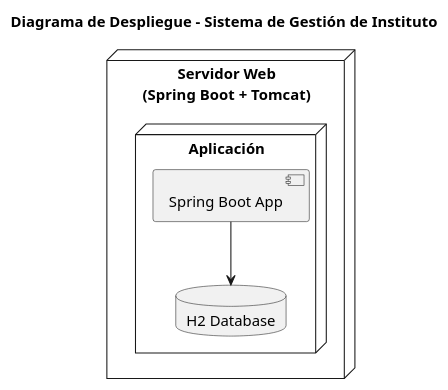
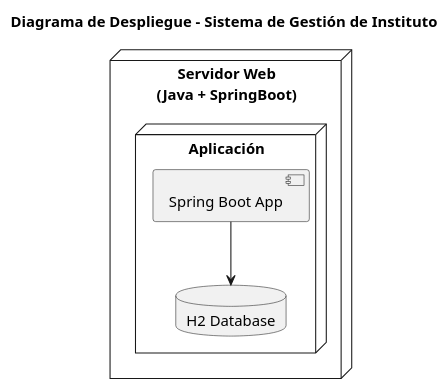
One commit to bananajoe33/Practica-Obligatoria-Spring changed the diagram in doc/arquitectura/DiagramaDespliegue.pu. Above: the diagram before and after it, drawn with PlantUML.

Commit message:
cambio despliegue

```diff
--- a/doc/arquitectura/DiagramaDespliegue.pu
+++ b/doc/arquitectura/DiagramaDespliegue.pu
@@ -1,14 +1,14 @@
 @startuml
 title Diagrama de Despliegue - Sistema de Gestión de Instituto
 
-node "Servidor Web\n(Spring Boot + Tomcat)" {
+node "Servidor Web\n(Java + SpringBoot)" {
 
   node "Aplicación" {
     component "Spring Boot App" as App
     database "H2 Database" as H2
   }
 }
 
 App --> H2
 
 @enduml
```
